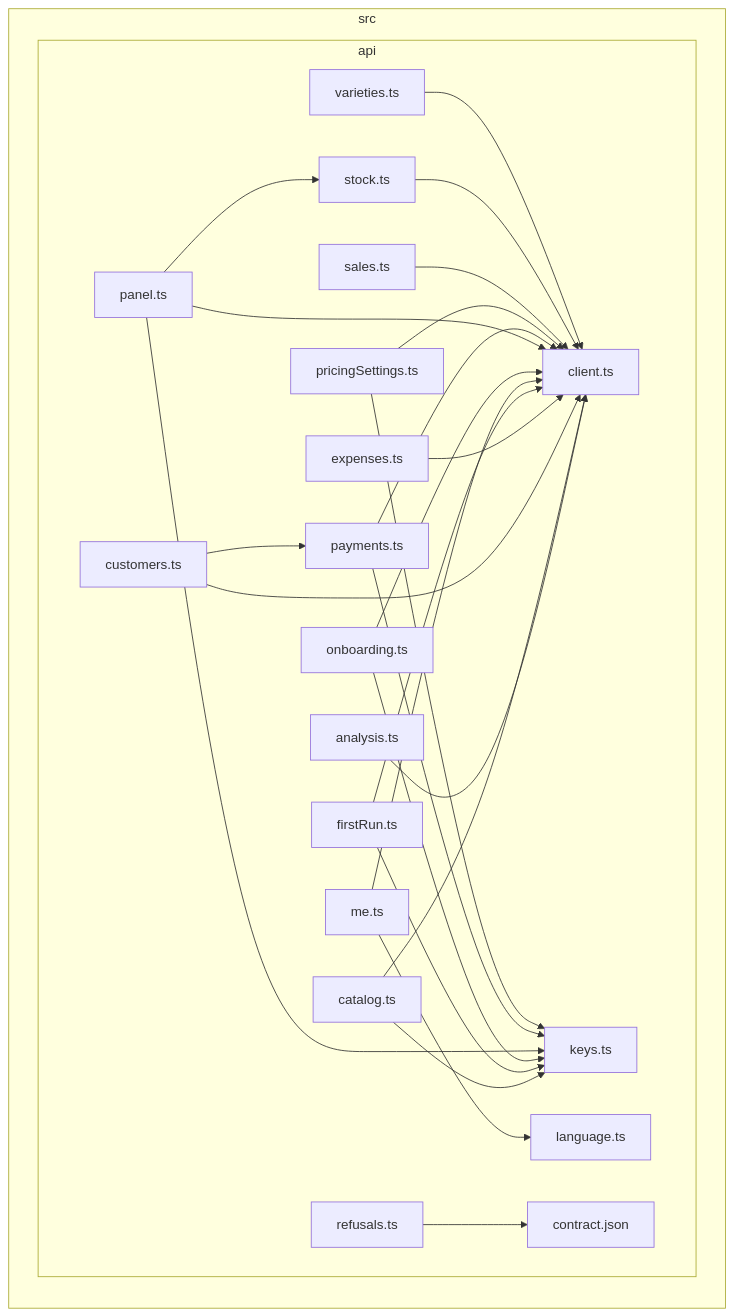
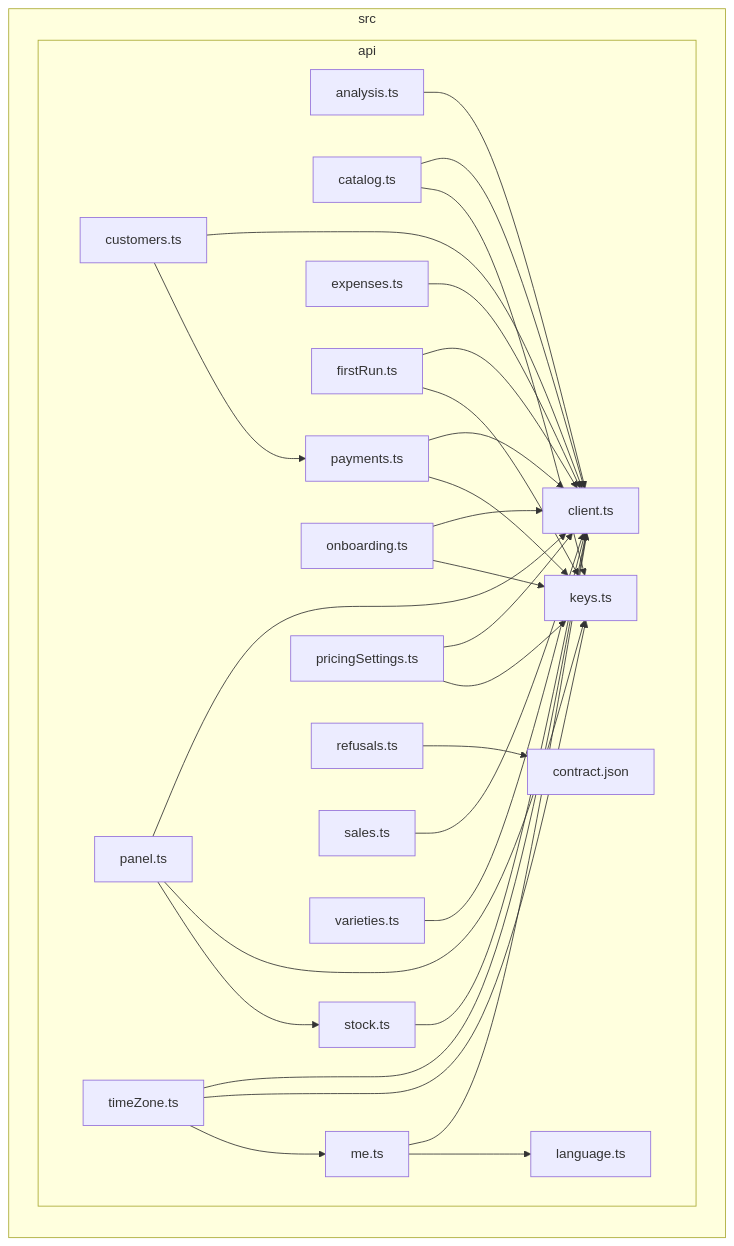
One commit to GonzaloZevallos/apostrophe changed the diagram in docs/architecture/generated/front-modules/api.md. Above: the diagram before and after it, drawn with Mermaid.

Commit message:
Regenerate the front-modules doc for the timeZone query layer

````diff
--- a/docs/architecture/generated/front-modules/api.md
+++ b/docs/architecture/generated/front-modules/api.md
@@ -7,48 +7,52 @@
 ```mermaid
 flowchart LR
 subgraph src["src"]
   subgraph src_api["api"]
     src_api_analysis_ts["analysis.ts"]
     src_api_catalog_ts["catalog.ts"]
     src_api_client_ts["client.ts"]
     src_api_contract_json["contract.json"]
     src_api_customers_ts["customers.ts"]
     src_api_expenses_ts["expenses.ts"]
     src_api_firstRun_ts["firstRun.ts"]
     src_api_keys_ts["keys.ts"]
     src_api_language_ts["language.ts"]
     src_api_me_ts["me.ts"]
     src_api_onboarding_ts["onboarding.ts"]
     src_api_panel_ts["panel.ts"]
     src_api_payments_ts["payments.ts"]
     src_api_pricingSettings_ts["pricingSettings.ts"]
     src_api_refusals_ts["refusals.ts"]
     src_api_sales_ts["sales.ts"]
     src_api_stock_ts["stock.ts"]
+    src_api_timeZone_ts["timeZone.ts"]
     src_api_varieties_ts["varieties.ts"]
   end
 end
 src_api_analysis_ts-->src_api_client_ts
 src_api_catalog_ts-->src_api_client_ts
 src_api_catalog_ts-->src_api_keys_ts
 src_api_customers_ts-->src_api_client_ts
 src_api_customers_ts-->src_api_payments_ts
 src_api_expenses_ts-->src_api_client_ts
 src_api_firstRun_ts-->src_api_client_ts
 src_api_firstRun_ts-->src_api_keys_ts
 src_api_me_ts-->src_api_client_ts
 src_api_me_ts-->src_api_language_ts
 src_api_onboarding_ts-->src_api_client_ts
 src_api_onboarding_ts-->src_api_keys_ts
 src_api_panel_ts-->src_api_client_ts
 src_api_panel_ts-->src_api_keys_ts
 src_api_panel_ts-->src_api_stock_ts
 src_api_payments_ts-->src_api_client_ts
 src_api_payments_ts-->src_api_keys_ts
 src_api_pricingSettings_ts-->src_api_client_ts
 src_api_pricingSettings_ts-->src_api_keys_ts
 src_api_refusals_ts-->src_api_contract_json
 src_api_sales_ts-->src_api_client_ts
 src_api_stock_ts-->src_api_client_ts
+src_api_timeZone_ts-->src_api_client_ts
+src_api_timeZone_ts-->src_api_keys_ts
+src_api_timeZone_ts-->src_api_me_ts
 src_api_varieties_ts-->src_api_client_ts
 ```
````
